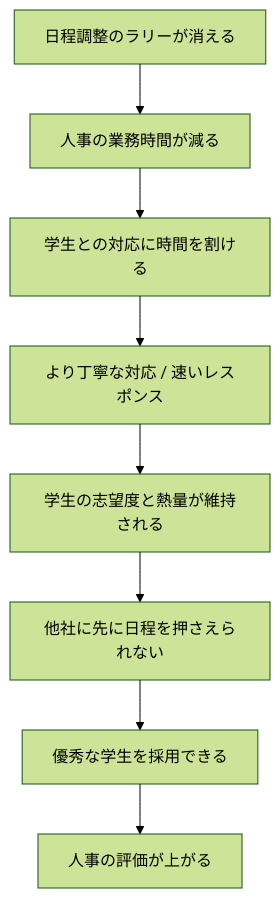
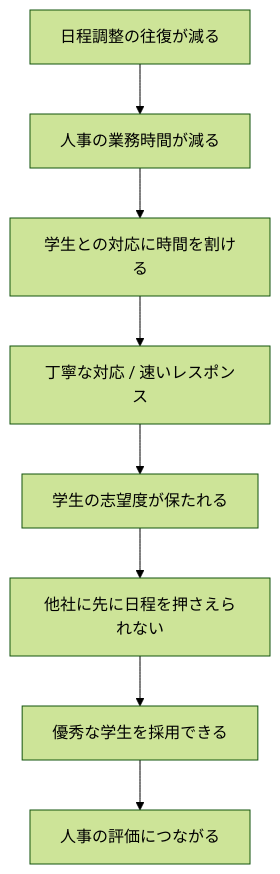
Before and after one commit to Showgo1130/hackathon-t2-B: the first of 2 diagrams in README.md, drawn with Mermaid (forest theme). The commit also changed other lines of this file and 5 other files, not shown here.

````diff
--- a/README.md
+++ b/README.md
@@ -41,10 +40,10 @@
 ```mermaid
 flowchart TD
-    A[日程調整のラリーが消える] --> B[人事の業務時間が減る]
+    A[日程調整の往復が減る] --> B[人事の業務時間が減る]
     B --> C[学生との対応に時間を割ける]
-    C --> D[より丁寧な対応 / 速いレスポンス]
-    D --> E[学生の志望度と熱量が維持される]
+    C --> D[丁寧な対応 / 速いレスポンス]
+    D --> E[学生の志望度が保たれる]
     E --> F[他社に先に日程を押さえられない]
     F --> G[優秀な学生を採用できる]
-    G --> H[人事の評価が上がる]
+    G --> H[人事の評価につながる]
 ```
````
